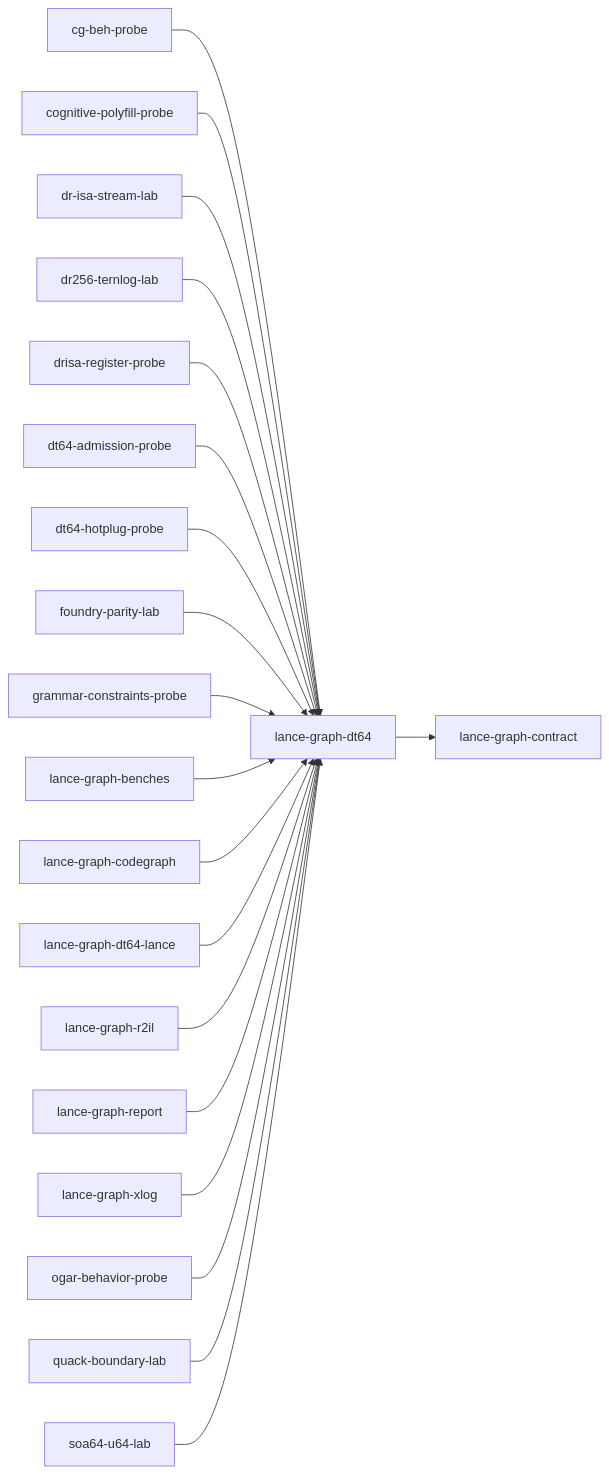
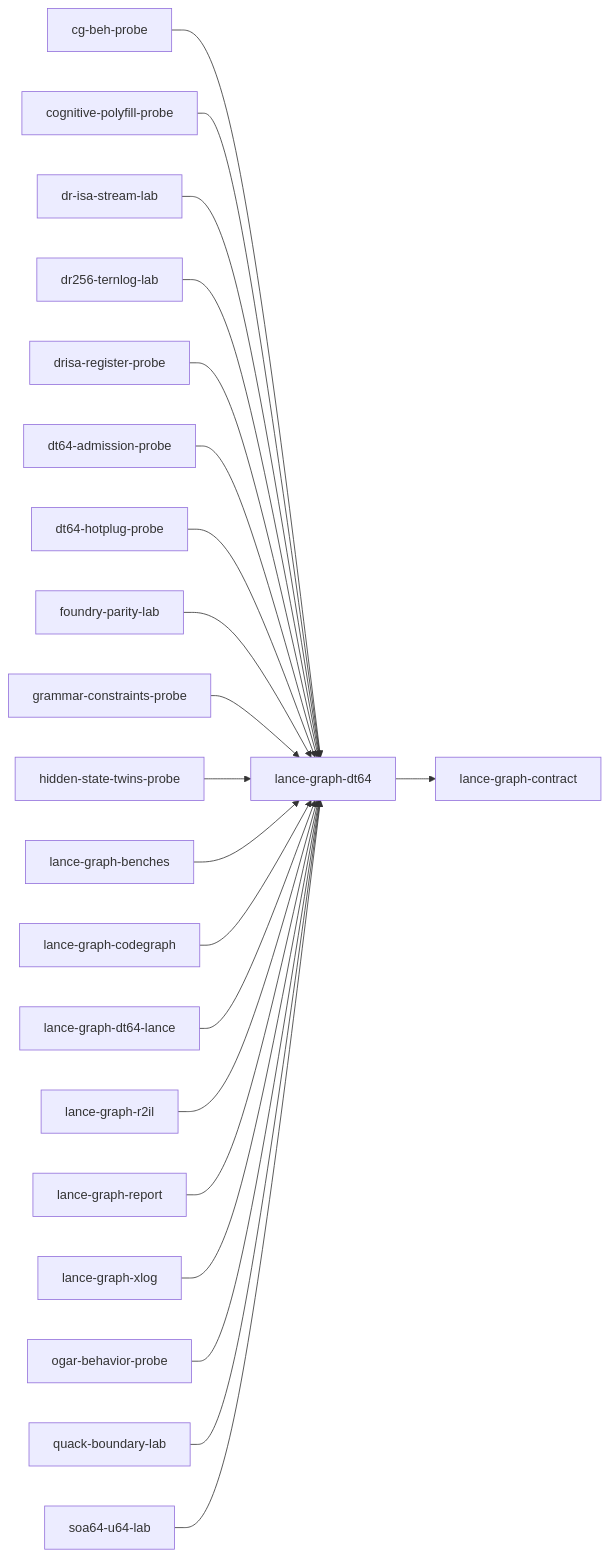
Before and after one commit to AdaWorldAPI/lance-graph: the diagram in .codegraph/crates/lance-graph-dt64.index.md, drawn with Mermaid. The commit also changed other lines of this file and 111 other files, not shown here.

First line of the commit message:
board(quack): P1 results of D-QUACK-DERIVED-PLANE-PROBE; regenerate indexes

````diff
--- a/.codegraph/crates/lance-graph-dt64.index.md
+++ b/.codegraph/crates/lance-graph-dt64.index.md
@@ -274,42 +275,44 @@
 ```mermaid
 flowchart LR
   n4["cg-beh-probe"]
   n6["cognitive-polyfill-probe"]
   n13["dr-isa-stream-lab"]
   n15["dr256-ternlog-lab"]
   n17["drisa-register-probe"]
   n18["dt64-admission-probe"]
   n19["dt64-hotplug-probe"]
   n23["foundry-parity-lab"]
   n25["grammar-constraints-probe"]
-  n37["lance-graph-benches"]
-  n41["lance-graph-codegraph"]
-  n44["lance-graph-contract"]
-  n47["lance-graph-dt64"]
-  n48["lance-graph-dt64-lance"]
-  n63["lance-graph-r2il"]
-  n66["lance-graph-report"]
-  n71["lance-graph-xlog"]
-  n75["ogar-behavior-probe"]
-  n80["quack-boundary-lab"]
-  n88["soa64-u64-lab"]
-  n4 --> n47
-  n6 --> n47
-  n13 --> n47
-  n15 --> n47
-  n17 --> n47
-  n18 --> n47
-  n19 --> n47
-  n23 --> n47
-  n25 --> n47
-  n37 --> n47
-  n41 --> n47
-  n47 --> n44
-  n48 --> n47
-  n63 --> n47
-  n66 --> n47
-  n71 --> n47
-  n75 --> n47
-  n80 --> n47
-  n88 --> n47
+  n27["hidden-state-twins-probe"]
+  n38["lance-graph-benches"]
+  n42["lance-graph-codegraph"]
+  n45["lance-graph-contract"]
+  n48["lance-graph-dt64"]
+  n49["lance-graph-dt64-lance"]
+  n64["lance-graph-r2il"]
+  n67["lance-graph-report"]
+  n72["lance-graph-xlog"]
+  n76["ogar-behavior-probe"]
+  n81["quack-boundary-lab"]
+  n89["soa64-u64-lab"]
+  n4 --> n48
+  n6 --> n48
+  n13 --> n48
+  n15 --> n48
+  n17 --> n48
+  n18 --> n48
+  n19 --> n48
+  n23 --> n48
+  n25 --> n48
+  n27 --> n48
+  n38 --> n48
+  n42 --> n48
+  n48 --> n45
+  n49 --> n48
+  n64 --> n48
+  n67 --> n48
+  n72 --> n48
+  n76 --> n48
+  n81 --> n48
+  n89 --> n48
 ```
````
